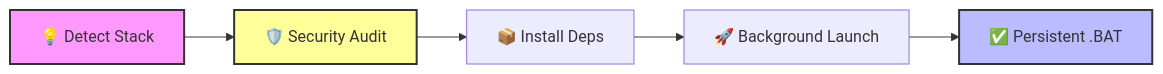
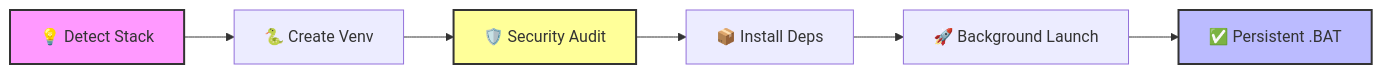
The diagram in README.md (Yunotang/universal-project-launcher), drawn with Mermaid before and after one commit. The commit also changed 1 other file, not shown here.

Commit message:
docs: add Virtual Environment step to core workflow diagram

````diff
--- a/README.md
+++ b/README.md
@@ -16,11 +16,12 @@
 ```mermaid
 graph LR
-    A[💡 Detect Stack] --> B[🛡️ Security Audit]
-    B --> C[📦 Install Deps]
-    C --> D[🚀 Background Launch]
-    D --> E[✅ Persistent .BAT]
+    A[💡 Detect Stack] --> B[🐍 Create Venv]
+    B --> C[🛡️ Security Audit]
+    C --> D[📦 Install Deps]
+    D --> E[🚀 Background Launch]
+    E --> F[✅ Persistent .BAT]
     
     style A fill:#f9f,stroke:#333,stroke-width:2px
-    style B fill:#ff9,stroke:#333,stroke-width:2px
-    style E fill:#bbf,stroke:#333,stroke-width:2px
+    style C fill:#ff9,stroke:#333,stroke-width:2px
+    style F fill:#bbf,stroke:#333,stroke-width:2px
 ```
````
